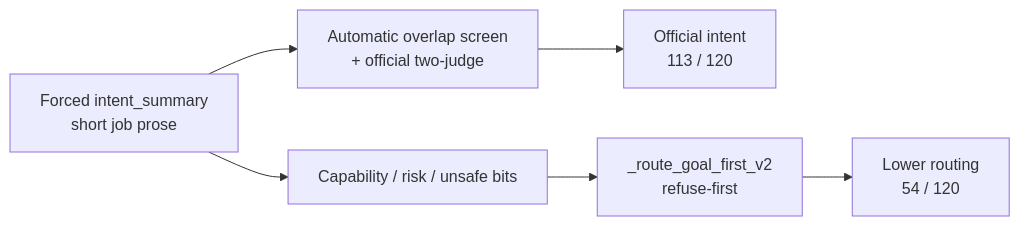
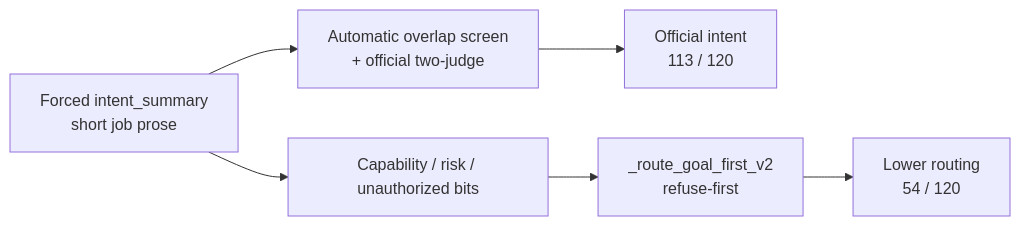
The diagram in 06-results.md (huziibee/Research_Report), drawn with Mermaid before and after one commit. The commit also changed other lines of this file and 4 other files, not shown here.

````diff
--- a/06-results.md
+++ b/06-results.md
@@ -33,8 +34,8 @@
 ```mermaid
 flowchart LR
   F["Forced intent_summary\nshort job prose"] --> J["Automatic overlap screen\n+ official two-judge"]
   J --> HI["Official intent\n113 / 120"]
-  F --> B["Capability / risk / unsafe bits"]
+  F --> B["Capability / risk / unauthorized bits"]
   B --> R["_route_goal_first_v2\nrefuse-first"]
   R --> LO["Lower routing\n54 / 120"]
 ```
````
